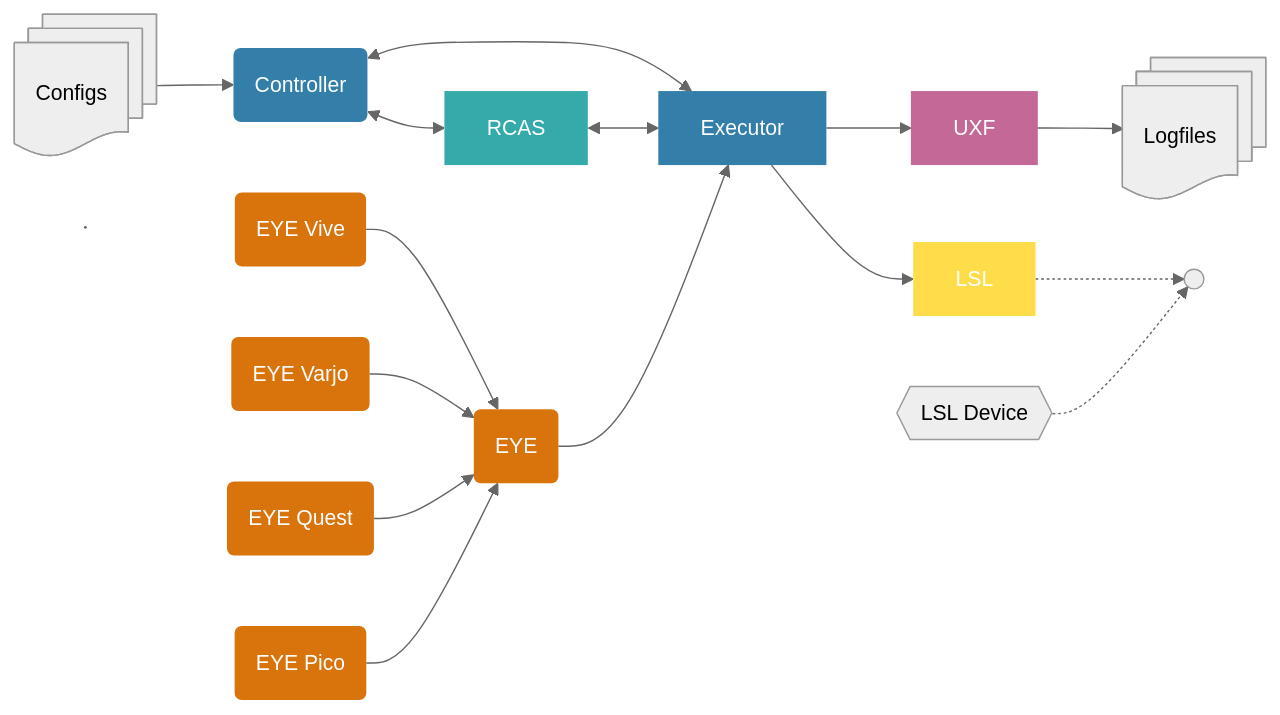
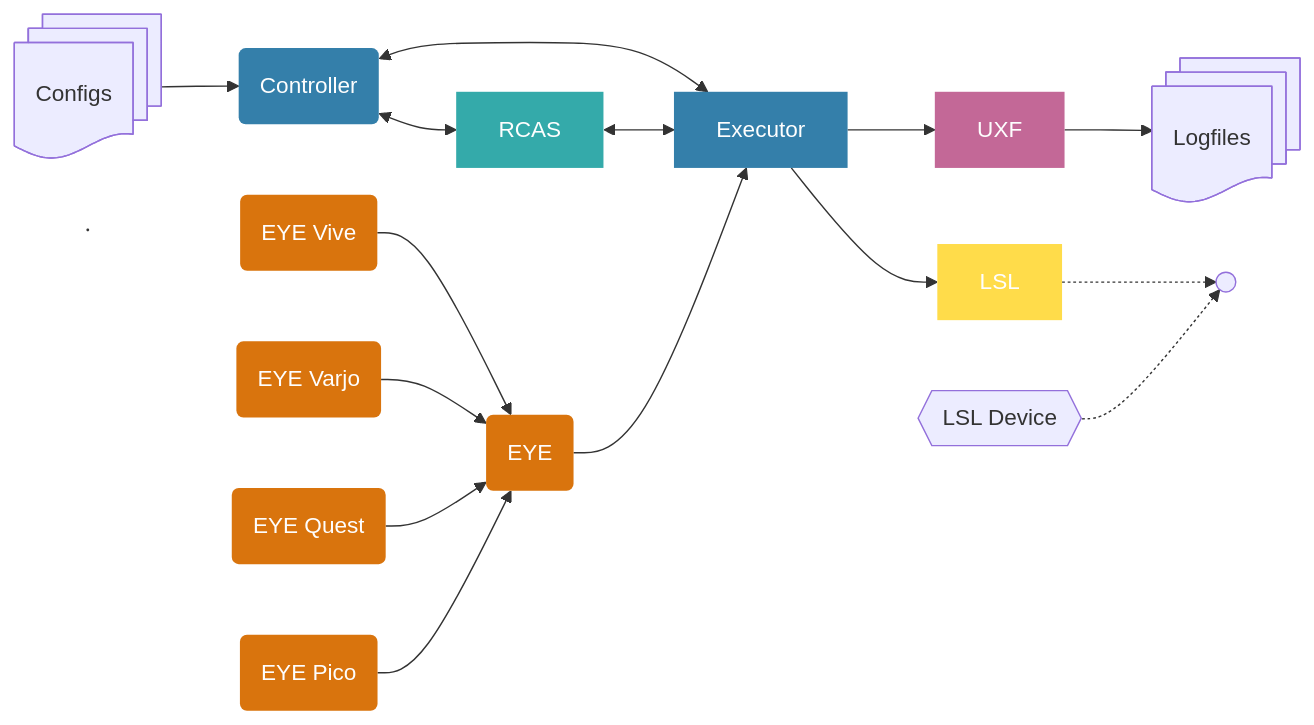
The diagram in docs/index.md (edia-toolbox/edia-toolbox.github.io), drawn with Mermaid before and after one commit.

````diff
--- a/docs/index.md
+++ b/docs/index.md
@@ -26,53 +26,45 @@
 ```mermaid
----
-config:
-  theme: neutral
-  themeVariables:
-    fontSize: 15px
-    fontFamily: Bahnschrift
-  layout: dagre
----
 flowchart LR
     n7["Controller"] <--> n8["RCAS"] & n9["Executor"]
     n8 <--> n9
     n9 --> n10["UXF"] & n11["LSL"]
     n12["EYE"] --> n9
     n13["EYE Vive"] --> n12
     n14["EYE Varjo"] --> n12
     n15["EYE Quest"] --> n12
     n16["EYE Pico"] --> n12
     n10 --> n20["Logfiles"]
     n21["Configs"] --> n7
     n11 -.-> n30["Small Circle"]
     n31["LSL Device"] -.-> n30
     n24["Anchor"]
     n7@{ shape: rounded}
     n12@{ shape: rounded}
     n13@{ shape: rounded}
     n14@{ shape: rounded}
     n15@{ shape: rounded}
     n16@{ shape: rounded}
     n20@{ shape: docs}
     n21@{ shape: docs}
     n30@{ shape: sm-circ}
     n31@{ shape: hex}
     n24@{ shape: anchor}
      n7:::EdiaBlue
      n8:::EdiaCyan
      n9:::EdiaBlue
      n10:::EdiaPurple
      n11:::EdiaYellow
      n12:::EdiaOrange
      n13:::EdiaOrange
      n14:::EdiaOrange
      n15:::EdiaOrange
      n16:::EdiaOrange
      n30:::EdiaYellow
     classDef EdiaGreen stroke:transparent, stroke-width:4px, stroke-transparent: 0, fill:#428360, color:#FEFEFE
     classDef EdiaGrey stroke:transparent, stroke-width:4px, stroke-transparent: 0, fill:#797873, color:#FEFEFE
     classDef EdiaCyan stroke:transparent, stroke-width:4px, stroke-transparent: 0, fill:#34AAAA, color:#FEFEFE
     classDef EdiaBlue stroke:transparent, stroke-width:4px, stroke-transparent: 0, fill:#347FAA, color:#FEFEFE
     classDef EdiaOrange stroke:transparent, stroke-width:4px, stroke-transparent: 0, fill:#D9740D, color:#FEFEFE
     classDef EdiaPurple stroke:transparent, stroke-width:4px, stroke-transparent: 0, fill:#C36897, color:#FEFEFE
     classDef EdiaYellow stroke:transparent, stroke-width:4px, stroke-transparent: 0, fill:#FFdC4A, color:#FEFEFE
 ```
````
